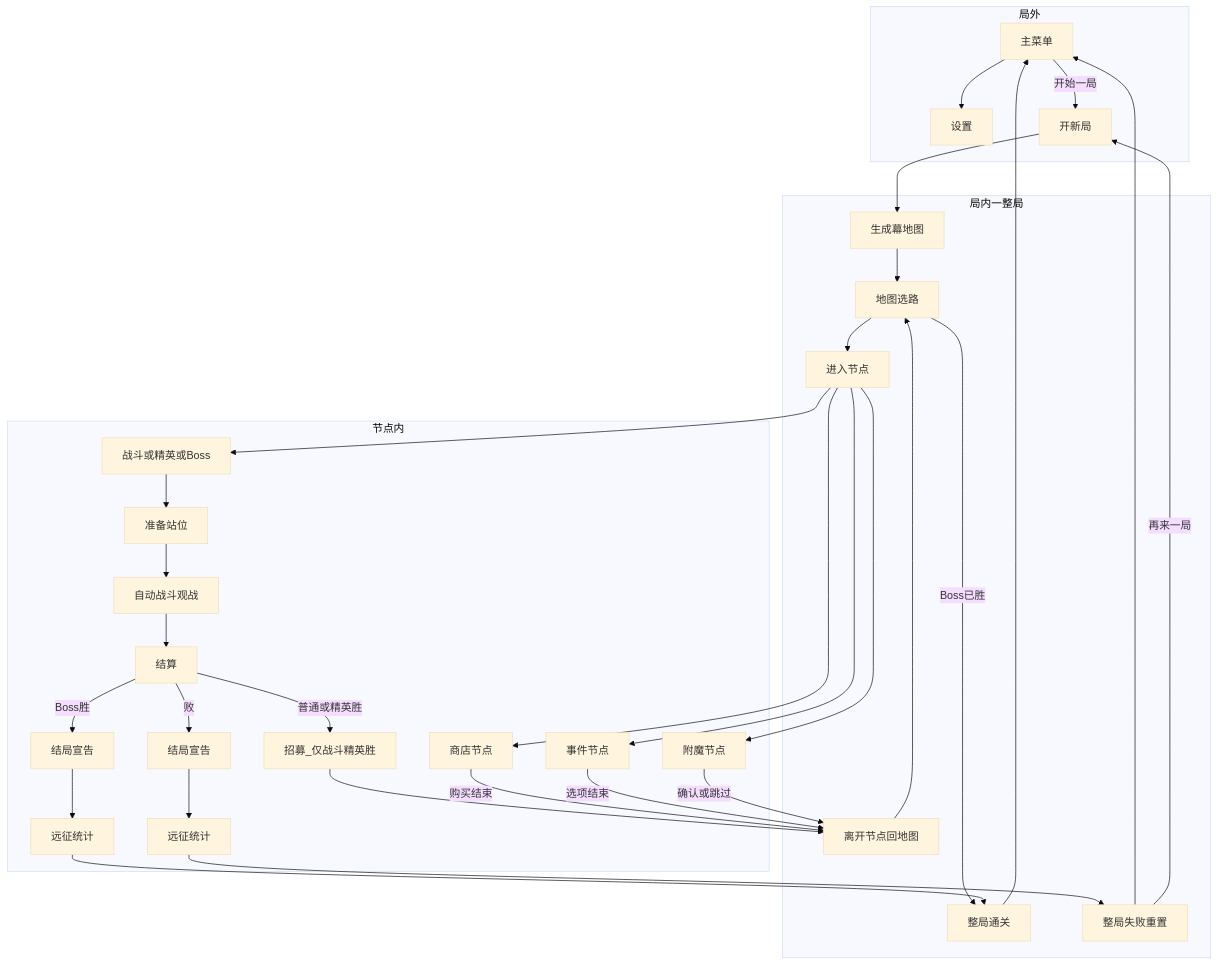
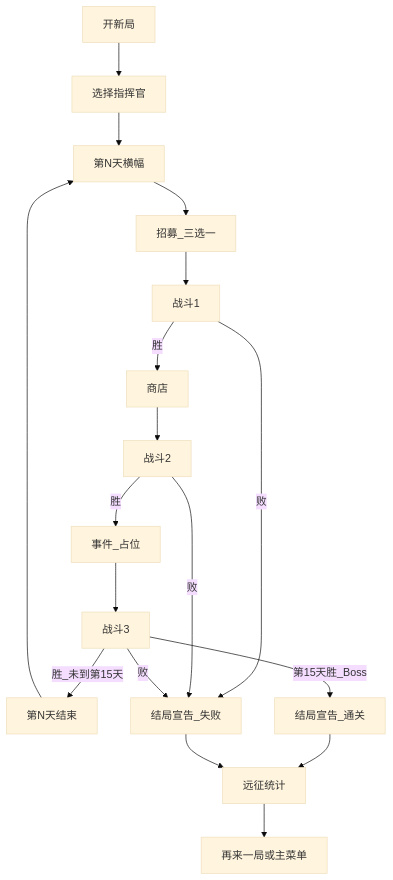
One commit to Kanerickyz/project-autochess changed the diagram in Documents/Features/GAME_LOOP.md. Above: the diagram before and after it, drawn with Mermaid (base theme). The commit also changed other lines of this file and 8 other files, not shown here.

Commit message:
docs: 主爬塔改为十五天日程（愿景、循环、招募、商店、装备、玩家、地图、强化、索引）

````diff
--- a/Documents/Features/GAME_LOOP.md
+++ b/Documents/Features/GAME_LOOP.md
@@ -104,52 +55,17 @@
 ```mermaid
 flowchart TD
-  subgraph Meta[局外]
-    MainMenu[主菜单]
-    Settings[设置]
-    MainMenu --> Settings
-    MainMenu -->|开始一局| NewRun[开新局]
-  end
-
-  subgraph RunLoop[局内一整局]
-    GenMap[生成幕地图]
-    MapSelect[地图选路]
-    EnterNode[进入节点]
-    LeaveNode[离开节点回地图]
-    RunWin[整局通关]
-    RunLose[整局失败重置]
-    NewRun --> GenMap --> MapSelect
-    MapSelect --> EnterNode
-    LeaveNode --> MapSelect
-    MapSelect -->|Boss已胜| RunWin
-  end
-
-  subgraph NodeInner[节点内]
-    CombatNode[战斗或精英或Boss]
-    ShopNode[商店节点]
-    EventNode[事件节点]
-    EnchantNode[附魔节点]
-    Prep[准备站位]
-    AutoCombat[自动战斗观战]
-    Resolve[结算]
-    Recruit[招募_仅战斗精英胜]
-    CombatNode --> Prep --> AutoCombat --> Resolve
-    Resolve -->|普通或精英胜| Recruit --> LeaveNode
-    Resolve -->|Boss胜| RunResult[结局宣告]
-    RunResult --> RunStats[远征统计]
-    RunStats --> RunWin
-    Resolve -->|败| RunLoseResult[结局宣告]
-    RunLoseResult --> RunLoseStats[远征统计]
-    RunLoseStats --> RunLose
-    ShopNode -->|购买结束| LeaveNode
-    EventNode -->|选项结束| LeaveNode
-    EnchantNode -->|确认或跳过| LeaveNode
-  end
-
-  EnterNode --> CombatNode
-  EnterNode --> ShopNode
-  EnterNode --> EventNode
-  EnterNode --> EnchantNode
-  RunWin --> MainMenu
-  RunLose --> MainMenu
-  RunLose -->|再来一局| NewRun
+  NewRun[开新局] --> Pick[选择指挥官]
+  Pick --> DayStart[第N天横幅]
+  DayStart --> Recruit[招募_三选一]
+  Recruit --> C1[战斗1]
+  C1 -->|胜| Shop[商店]
+  Shop --> C2[战斗2]
+  C2 -->|胜| Event[事件_占位]
+  Event --> C3[战斗3]
+  C3 -->|胜_未到第15天| DayEnd[第N天结束] --> DayStart
+  C3 -->|第15天胜_Boss| Win[结局宣告_通关] --> Stats[远征统计]
+  C1 -->|败| Lose[结局宣告_失败] --> Stats
+  C2 -->|败| Lose
+  C3 -->|败| Lose
+  Stats --> Again[再来一局或主菜单]
 ```
````
